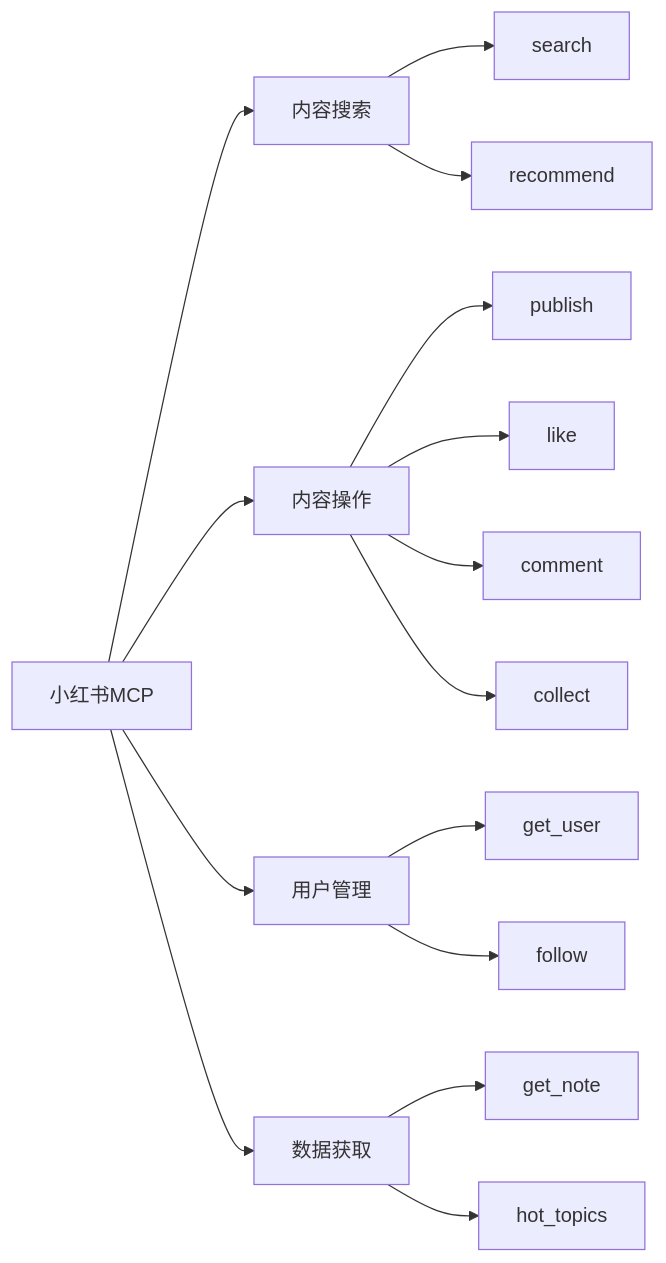
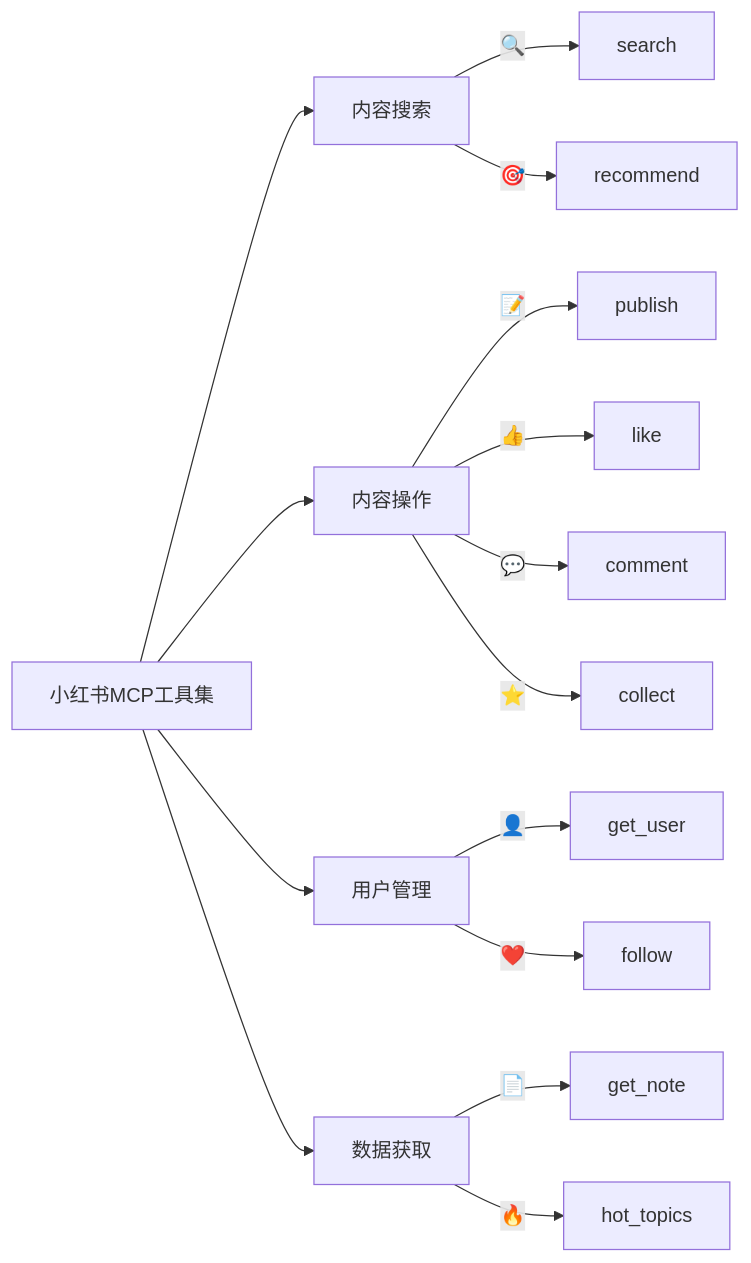
One commit to s233a/slidev-ppt changed the third of 4 diagrams in slides.md. Above: the diagram before and after it, drawn with Mermaid. The commit also changed other lines of this file, not shown here.

Commit message:
全面优化PPT：配色、布局、图表、动效

````diff
--- a/slides.md
+++ b/slides.md
@@ -180,21 +186,21 @@
 ```mermaid
 graph LR
-    A[小红书MCP] --> B[内容搜索]
+    A[小红书MCP工具集] --> B[内容搜索]
     A --> C[内容操作]
     A --> D[用户管理]
     A --> E[数据获取]
     
-    B --> B1[search]
-    B --> B2[recommend]
+    B -->|🔍| B1[search]
+    B -->|🎯| B2[recommend]
     
-    C --> C1[publish]
-    C --> C2[like]
-    C --> C3[comment]
-    C --> C4[collect]
+    C -->|📝| C1[publish]
+    C -->|👍| C2[like]
+    C -->|💬| C3[comment]
+    C -->|⭐| C4[collect]
     
-    D --> D1[get_user]
-    D --> D2[follow]
+    D -->|👤| D1[get_user]
+    D -->|❤️| D2[follow]
     
-    E --> E1[get_note]
-    E --> E2[hot_topics]
+    E -->|📄| E1[get_note]
+    E -->|🔥| E2[hot_topics]
 ```
````
